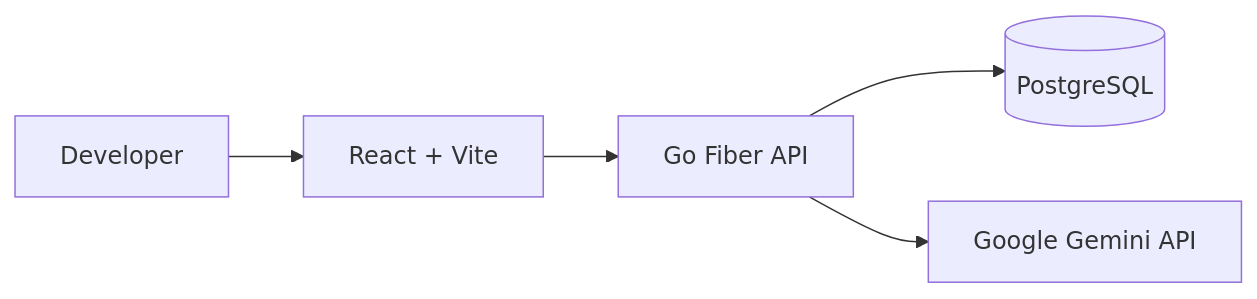
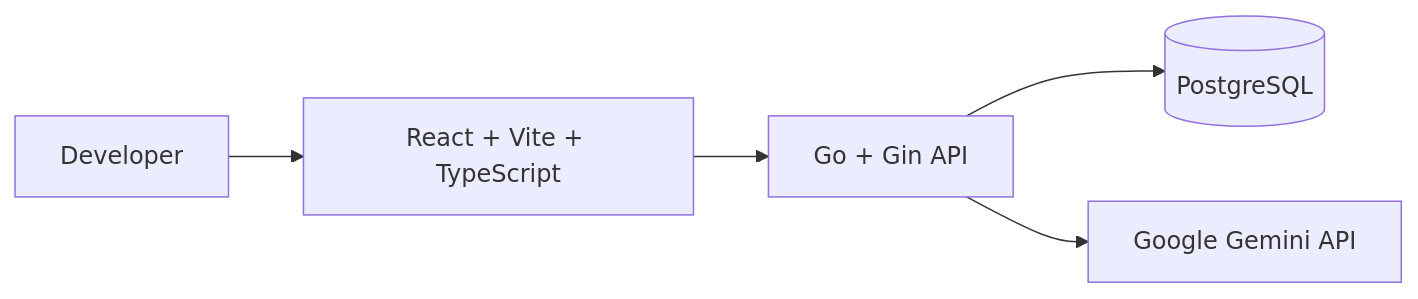
One commit to davidkhasbiya/GitGud changed the diagram in README.md. Above: the diagram before and after it, drawn with Mermaid. The commit also changed other lines of this file, not shown here.

````diff
--- a/README.md
+++ b/README.md
@@ -105,21 +178,21 @@
 ```mermaid
 flowchart LR
 
     User[Developer]
 
-    Frontend["React + Vite"]
+    Frontend["React + Vite + TypeScript"]
 
-    Backend["Go Fiber API"]
+    Backend["Go + Gin API"]
 
     Database[("PostgreSQL")]
 
     AI["Google Gemini API"]
 
     User --> Frontend
 
     Frontend --> Backend
 
     Backend --> Database
 
     Backend --> AI
 ```
````
